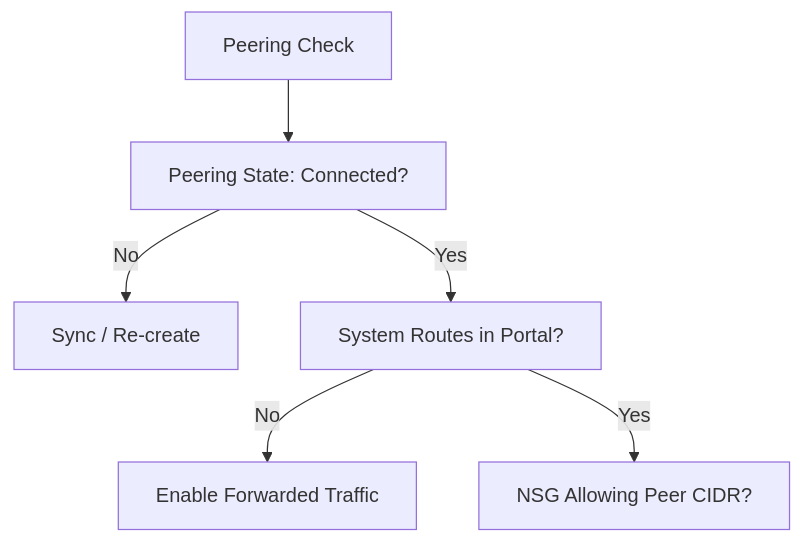
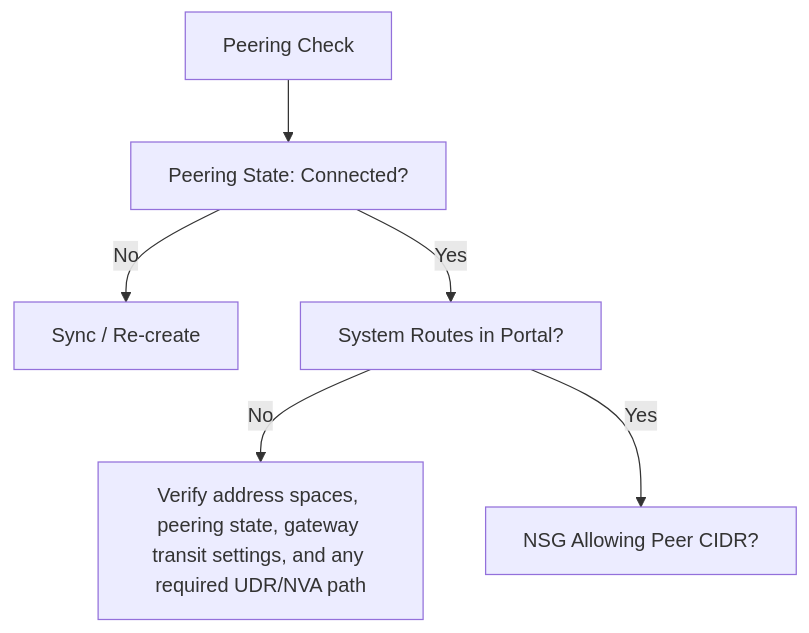
One commit to yeongseon/azure-networking-practical-guide changed the diagram in docs/troubleshooting/peering-and-routing-issues.md. Above: the diagram before and after it, drawn with Mermaid. The commit also changed 4 other files, not shown here.

First line of the commit message:
fix: correct routing flowcharts, firewall DNAT guidance, and hybrid connectivity troubleshooting

````diff
--- a/docs/troubleshooting/peering-and-routing-issues.md
+++ b/docs/troubleshooting/peering-and-routing-issues.md
@@ -18,8 +18,8 @@
 ```mermaid
 graph TD
     P[Peering Check] --> State[Peering State: Connected?]
     State -- No --> Sync[Sync / Re-create]
     State -- Yes --> Route[System Routes in Portal?]
-    Route -- No --> Forward[Enable Forwarded Traffic]
+    Route -- No --> Forward[Verify address spaces, peering state, gateway transit settings, and any required UDR/NVA path]
     Route -- Yes --> NSG[NSG Allowing Peer CIDR?]
 ```
````
